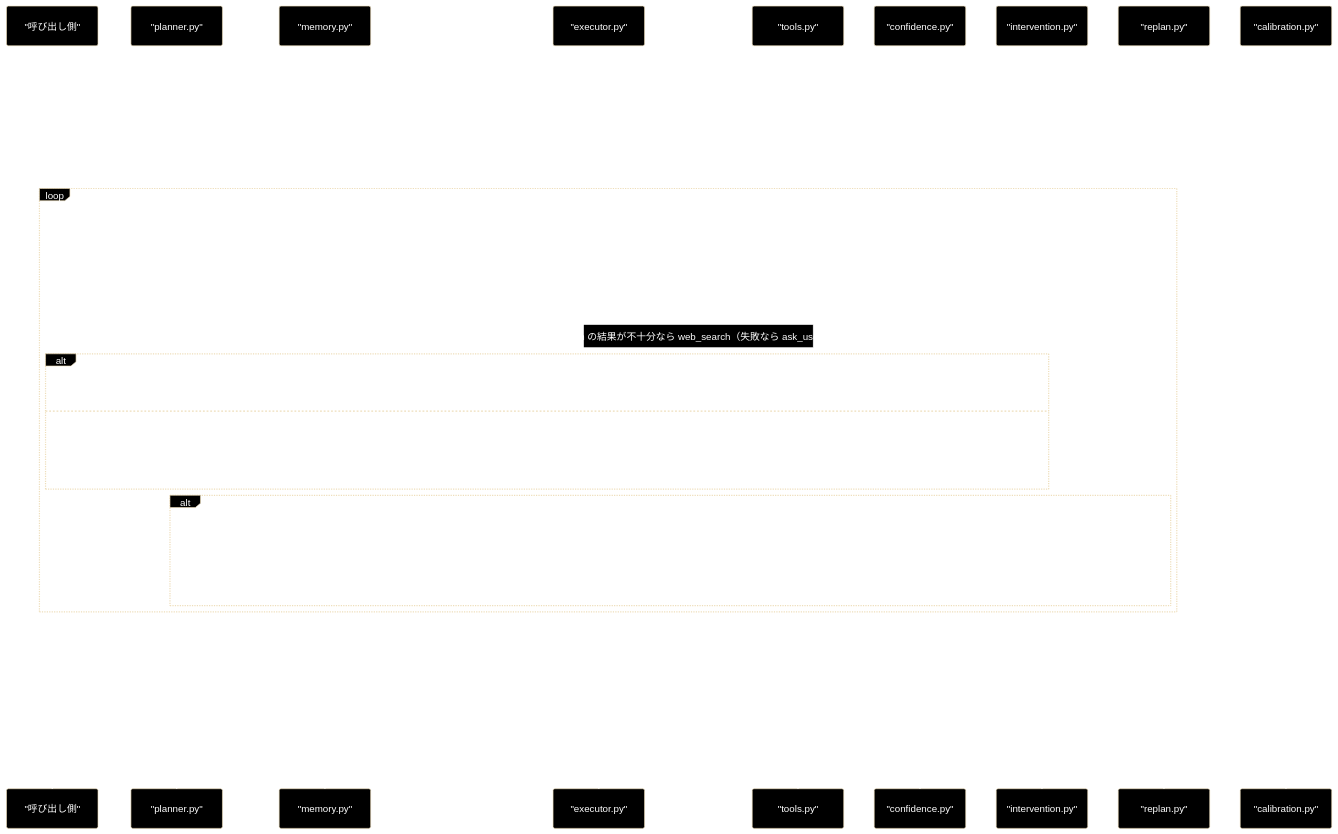
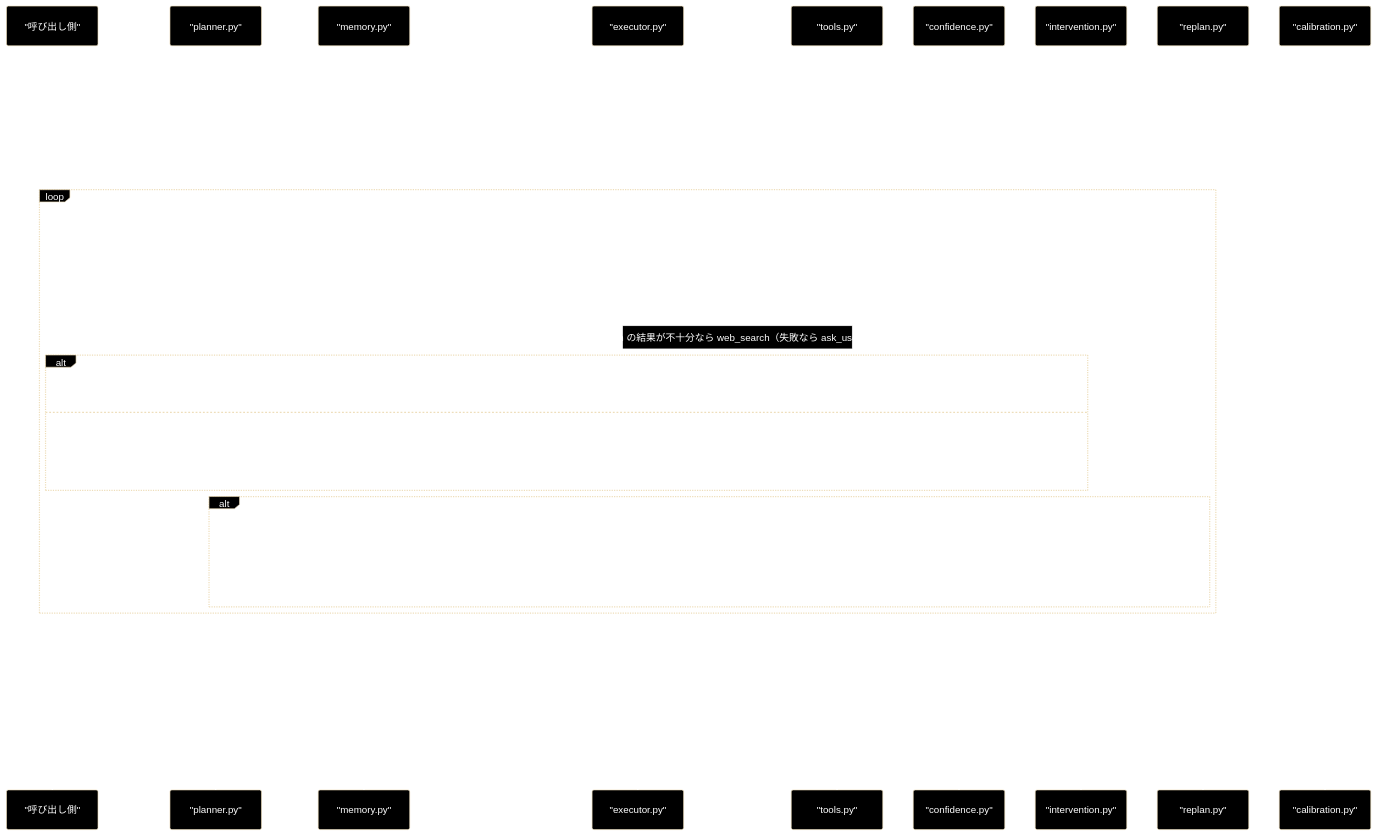
The third of 3 diagrams in grace/docs/grace_process_flow.md (nakashima2toshio/grace_v2), drawn with Mermaid before and after one commit. The commit also changed other lines of this file and 25 other files, not shown here.

````diff
--- a/grace/docs/grace_process_flow.md
+++ b/grace/docs/grace_process_flow.md
@@ -365,48 +369,48 @@
 ```mermaid
 %%{ init: { "theme": "base", "themeVariables": {
   "background": "#000000", "mainBkg": "#000000",
   "textColor": "#ffffff", "lineColor": "#ffffff",
   "actorBkg": "#000000", "actorTextColor": "#ffffff",
   "actorLineColor": "#ffffff", "noteBkgColor": "#000000",
   "noteTextColor": "#ffffff", "noteBorderColor": "#ffffff" } } }%%
 sequenceDiagram
     participant U as "呼び出し側"
     participant PL as "planner.py"
     participant ME as "memory.py"
     participant EX as "executor.py"
     participant TO as "tools.py"
     participant CO as "confidence.py"
     participant IN as "intervention.py"
     participant RE as "replan.py"
     participant CA as "calibration.py"
 
-    U->>PL: create_plan(query)
+    U->>PL: create_plan_for_topic(topic)
     PL->>ME: best_collection(query)
     ME-->>PL: コレクション名 or None
     PL-->>U: ExecutionPlan
-    U->>EX: execute(plan)
+    U->>EX: execute(plan, allow_react=False)
     loop 各ステップ
         EX->>TO: get(action).execute(**kwargs)
         TO-->>EX: ToolResult
         EX->>CO: llm_calculate(factors) → decide_action(score)
         CO-->>EX: ConfidenceScore / ActionDecision
         Note over EX,TO: rag_search の結果が不十分なら web_search（失敗なら ask_user）を挿入
         alt ESCALATE（対話モードの CONFIRM も）
             EX-->>U: 一時停止した状態を返す
         else NOTIFY / ブロッキングの CONFIRM
             EX->>IN: handle(decision, step, plan)
             IN-->>EX: 続行 / 中止
         end
         alt 失敗 or 検索ステップの低信頼
             EX->>RE: handle_step_failure(...)
             RE->>PL: 新しい計画を作る
             RE-->>EX: ReplanResult（new_plan）
         end
     end
     EX->>CO: evaluate_final / aggregate / GroundednessVerifier.verify
     CO-->>EX: 自己評価・網羅度・支持率
     EX->>CA: transform(final_conf)
     CA-->>EX: 較正済みの全体信頼度
     EX->>ME: record_many(query, collections, success, confidence)
     EX-->>U: ExecutionResult
 ```
````
